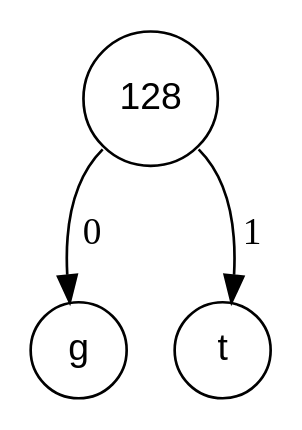
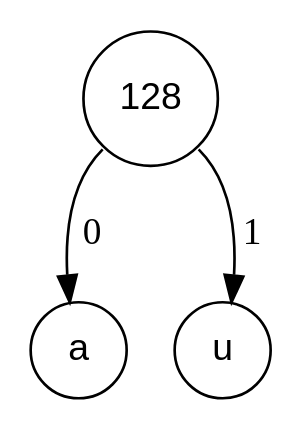
The diagram in fichiers_viz/arbre_codage_etape_1.dot (Procuste34/codage_huffman_c), drawn with Graphviz before and after one commit. The commit also changed 47 other files, not shown here.

```diff
--- a/fichiers_viz/arbre_codage_etape_1.dot
+++ b/fichiers_viz/arbre_codage_etape_1.dot
@@ -1,8 +1,8 @@
 digraph POT_test {
 node [fontname="Arial", shape="circle", width=0.5];
 128 [label = "128"]
-103 [label = "g"]
-116 [label = "t"]
-128:sw -> 103 [label = " 0"]
-128:se -> 116 [label = " 1"]
+97 [label = "a"]
+117 [label = "u"]
+128:sw -> 97 [label = " 0"]
+128:se -> 117 [label = " 1"]
 }
```
